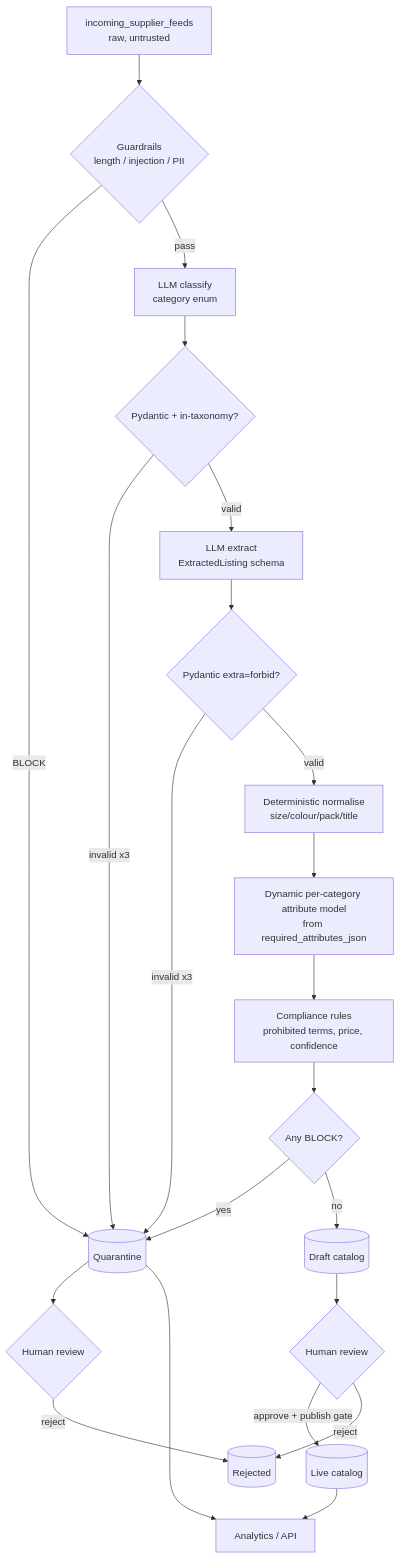
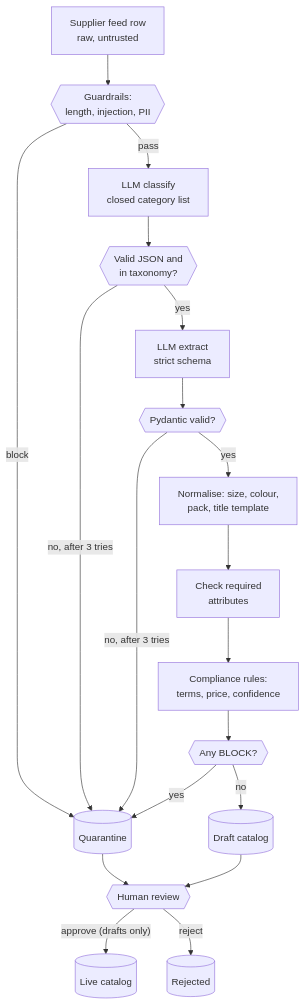
One commit to hemach-git/e-commerceOps changed the second of 3 diagrams in docs/architecture.md. Above: the diagram before and after it, drawn with Mermaid. The commit also changed other lines of this file and 6 other files, not shown here.

Commit message:
Readable architecture diagrams: layered layout, 3x render, landscape page for wide diagrams

````diff
--- a/docs/architecture.md
+++ b/docs/architecture.md
@@ -29,24 +54,21 @@
 ```mermaid
 flowchart TD
-    A[incoming_supplier_feeds<br/>raw, untrusted] --> B{Guardrails<br/>length / injection / PII}
-    B -- BLOCK --> Q[(Quarantine)]
-    B -- pass --> C[LLM classify<br/>category enum]
-    C --> C1{Pydantic + in-taxonomy?}
-    C1 -- invalid x3 --> Q
-    C1 -- valid --> D[LLM extract<br/>ExtractedListing schema]
-    D --> D1{Pydantic extra=forbid?}
-    D1 -- invalid x3 --> Q
-    D1 -- valid --> E[Deterministic normalise<br/>size/colour/pack/title]
-    E --> F[Dynamic per-category attribute model<br/>from required_attributes_json]
-    F --> G[Compliance rules<br/>prohibited terms, price, confidence]
-    G --> H{Any BLOCK?}
+    A["Supplier feed row<br/>raw, untrusted"] --> B{{"Guardrails:<br/>length, injection, PII"}}
+    B -- block --> Q[("Quarantine")]
+    B -- pass --> C["LLM classify<br/>closed category list"]
+    C --> C1{{"Valid JSON and<br/>in taxonomy?"}}
+    C1 -- "no, after 3 tries" --> Q
+    C1 -- yes --> D["LLM extract<br/>strict schema"]
+    D --> D1{{"Pydantic valid?"}}
+    D1 -- "no, after 3 tries" --> Q
+    D1 -- yes --> E["Normalise: size, colour,<br/>pack, title template"]
+    E --> F["Check required<br/>attributes"]
+    F --> G["Compliance rules:<br/>terms, price, confidence"]
+    G --> H{{"Any BLOCK?"}}
     H -- yes --> Q
-    H -- no --> DR[(Draft catalog)]
-    DR --> R{Human review}
-    R -- approve + publish gate --> L[(Live catalog)]
-    R -- reject --> X[(Rejected)]
-    Q --> R2{Human review}
-    R2 -- reject --> X
-    L --> AN[Analytics / API]
-    Q --> AN
+    H -- no --> DR[("Draft catalog")]
+    DR --> R{{"Human review"}}
+    Q --> R
+    R -- "approve (drafts only)" --> L[("Live catalog")]
+    R -- reject --> X[("Rejected")]
 ```
````
